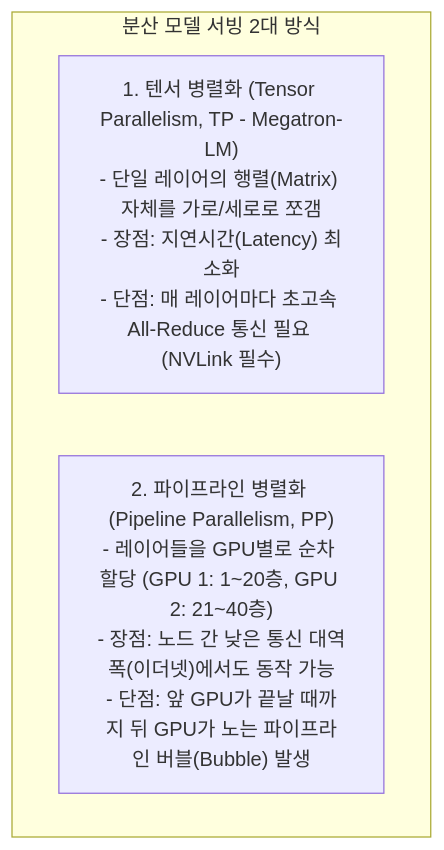
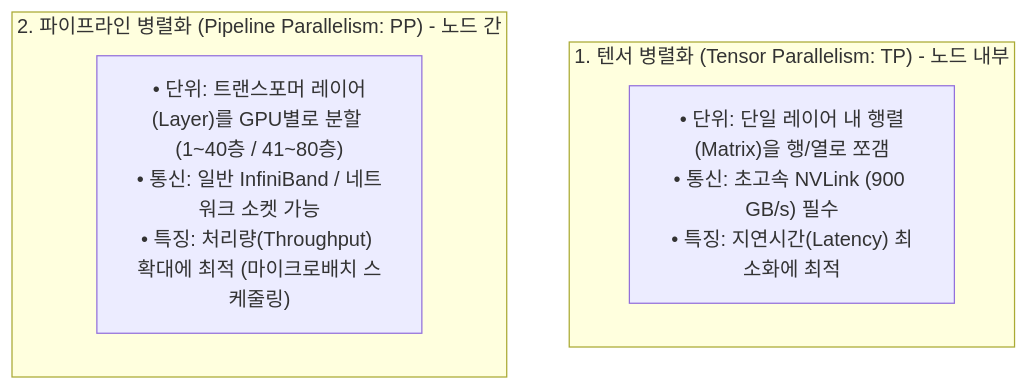
One commit to sing-u8/AI-Engineering changed the third of 3 diagrams in chapter-qa/ch09-inference-optimization-qa/03-speculative-decoding-caching-and-parallelism.md. Above: the diagram before and after it, drawn with Mermaid. The commit also changed other lines of this file and 11 other files, not shown here.

````diff
--- a/chapter-qa/ch09-inference-optimization-qa/03-speculative-decoding-caching-and-parallelism.md
+++ b/chapter-qa/ch09-inference-optimization-qa/03-speculative-decoding-caching-and-parallelism.md
@@ -71,7 +116,10 @@
 ```mermaid
 flowchart TD
-    subgraph Parallelism["분산 모델 서빙 2대 방식"]
-        TP["1. 텐서 병렬화 (Tensor Parallelism, TP - Megatron-LM)\n- 단일 레이어의 행렬(Matrix) 자체를 가로/세로로 쪼갬\n- 장점: 지연시간(Latency) 최소화\n- 단점: 매 레이어마다 초고속 All-Reduce 통신 필요 (NVLink 필수)"]
-        PP["2. 파이프라인 병렬화 (Pipeline Parallelism, PP)\n- 레이어들을 GPU별로 순차 할당 (GPU 1: 1~20층, GPU 2: 21~40층)\n- 장점: 노드 간 낮은 통신 대역폭(이더넷)에서도 동작 가능\n- 단점: 앞 GPU가 끝날 때까지 뒤 GPU가 노는 파이프라인 버블(Bubble) 발생"]
+    subgraph TP["1. 텐서 병렬화 (Tensor Parallelism: TP) - 노드 내부"]
+        TP_Desc["• 단위: 단일 레이어 내 행렬(Matrix)을 행/열로 쪼갬\n• 통신: 초고속 NVLink (900 GB/s) 필수\n• 특징: 지연시간(Latency) 최소화에 최적"]
+    end
+
+    subgraph PP["2. 파이프라인 병렬화 (Pipeline Parallelism: PP) - 노드 간"]
+        PP_Desc["• 단위: 트랜스포머 레이어(Layer)를 GPU별로 분할 (1~40층 / 41~80층)\n• 통신: 일반 InfiniBand / 네트워크 소켓 가능\n• 특징: 처리량(Throughput) 확대에 최적 (마이크로배치 스케줄링)"]
     end
 ```
````
